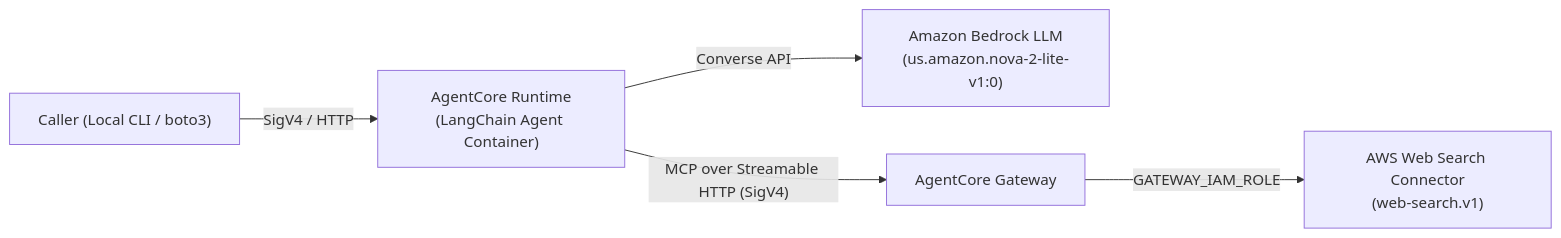
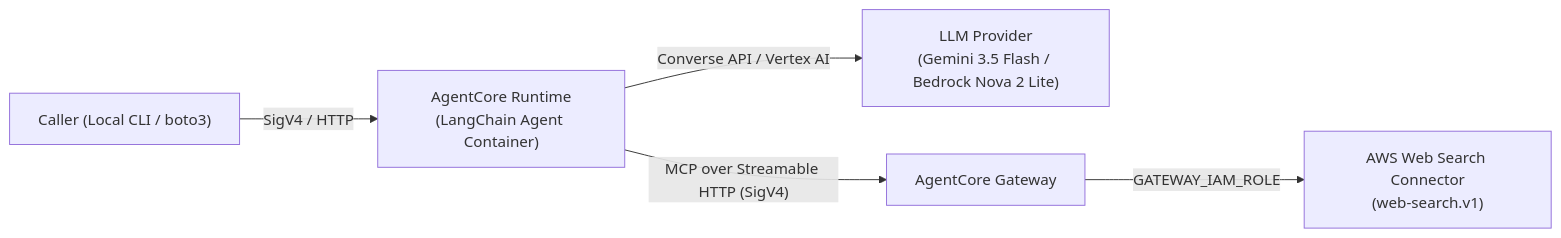
One commit to geshan/fact-checker-agent-langchain-aws changed the diagram in README.md. Above: the diagram before and after it, drawn with Mermaid. The commit also changed other lines of this file, not shown here.

````diff
--- a/README.md
+++ b/README.md
@@ -13,7 +13,7 @@
 ```mermaid
 flowchart LR
     Caller["Caller (Local CLI / boto3)"] -->|"SigV4 / HTTP"| Runtime["AgentCore Runtime\n(LangChain Agent Container)"]
-    Runtime -->|"Converse API"| Model["Amazon Bedrock LLM\n(us.amazon.nova-2-lite-v1:0)"]
+    Runtime -->|"Converse API / Vertex AI"| Model["LLM Provider\n(Gemini 3.5 Flash / Bedrock Nova 2 Lite)"]
     Runtime -->|"MCP over Streamable HTTP (SigV4)"| Gateway["AgentCore Gateway"]
     Gateway -->|"GATEWAY_IAM_ROLE"| WebSearch["AWS Web Search Connector\n(web-search.v1)"]
 ```
````
